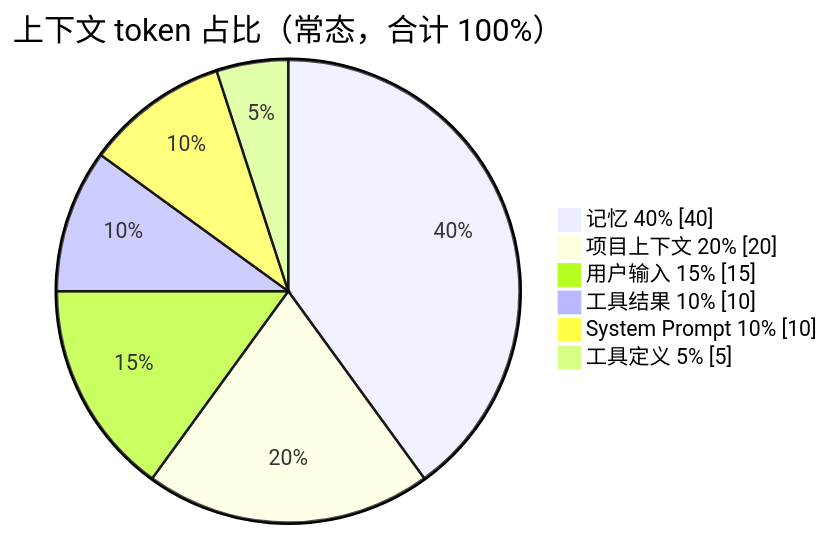
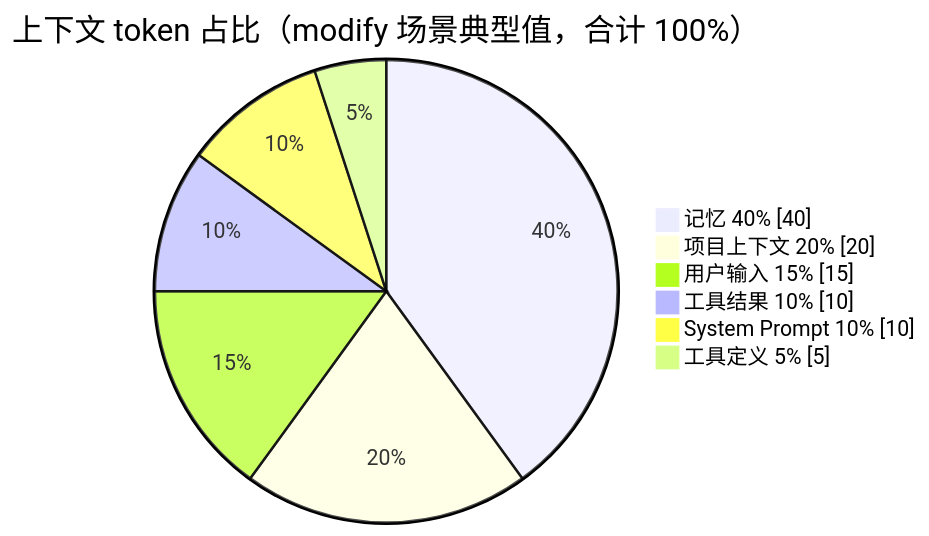
Before and after one commit to linghuchong-asen/project: the diagram in docs/ai-tech/context.md, drawn with Mermaid. The commit also changed other lines of this file and 23 other files, not shown here.

````diff
--- a/docs/ai-tech/context.md
+++ b/docs/ai-tech/context.md
@@ -54,10 +124,10 @@
 ```mermaid
 pie showData
-  title 上下文 token 占比（常态，合计 100%）
+  title 上下文 token 占比（modify 场景典型值，合计 100%）
   "记忆 40%" : 40
   "项目上下文 20%" : 20
   "用户输入 15%" : 15
   "工具结果 10%" : 10
   "System Prompt 10%" : 10
   "工具定义 5%" : 5
 ```
````
